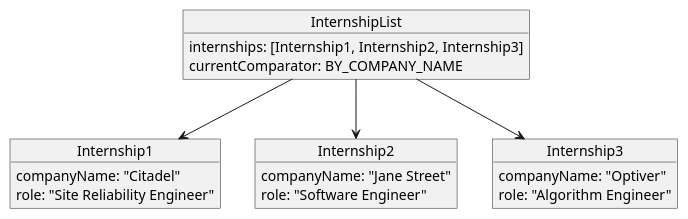
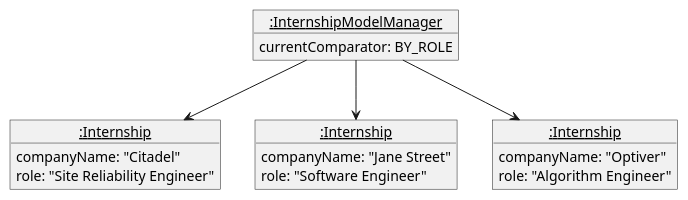
The diagram in docs/diagrams/SortCommandState0.puml (yongning0310/tp), drawn with PlantUML before and after one commit. The commit also changed 2 other files, not shown here.

Commit message:
Update object diagram

```diff
--- a/docs/diagrams/SortCommandState0.puml
+++ b/docs/diagrams/SortCommandState0.puml
@@ -1,27 +1,26 @@
 @startuml
 
-object "InternshipList" as IL {
-  internships: [Internship1, Internship2, Internship3]
-  currentComparator: BY_COMPANY_NAME
+object "<u>:InternshipModelManager" as IL {
+  currentComparator: BY_ROLE
 }
 
-object "Internship1" as I1 {
+object "<u>:Internship" as I1 {
   companyName: "Citadel"
   role: "Site Reliability Engineer"
 }
 
-object "Internship2" as I2 {
+object "<u>:Internship" as I2 {
   companyName: "Jane Street"
   role: "Software Engineer"
 }
 
-object "Internship3" as I3 {
+object "<u>:Internship" as I3 {
   companyName: "Optiver"
   role: "Algorithm Engineer"
 }
 
+IL -down-> I3
 IL -down-> I1
 IL -down-> I2
-IL -down-> I3
 
 @enduml
```
